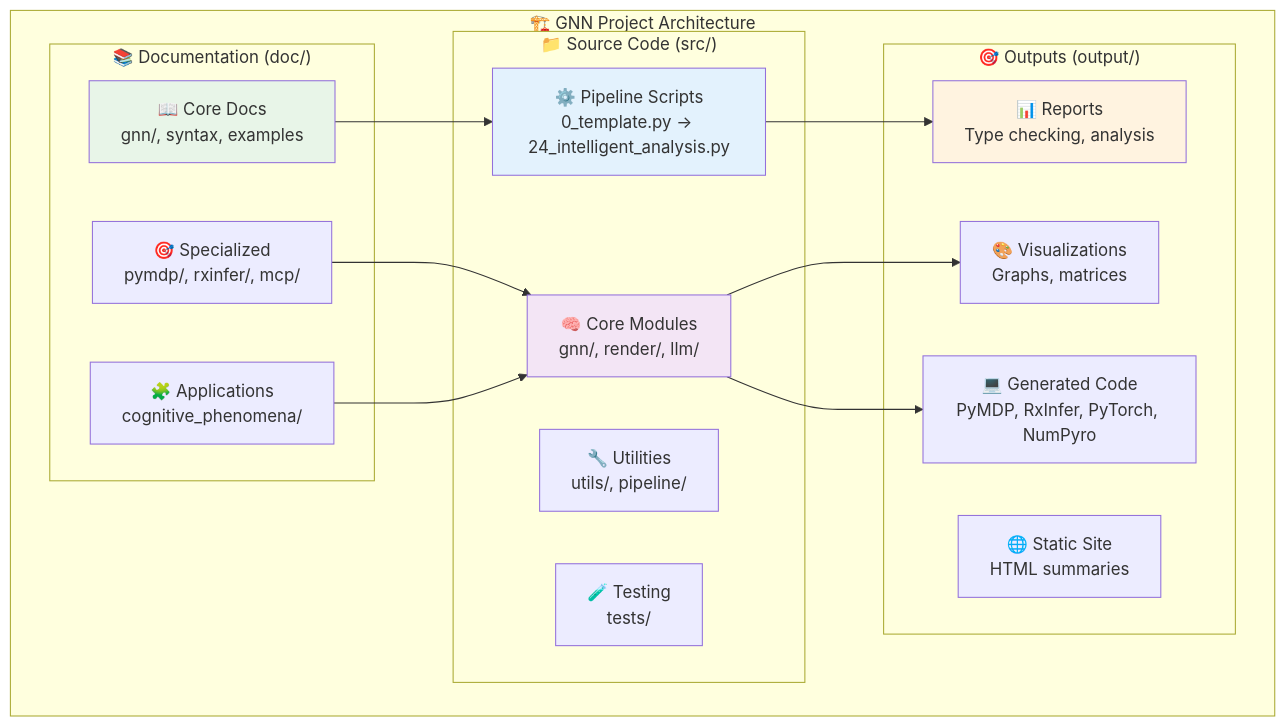
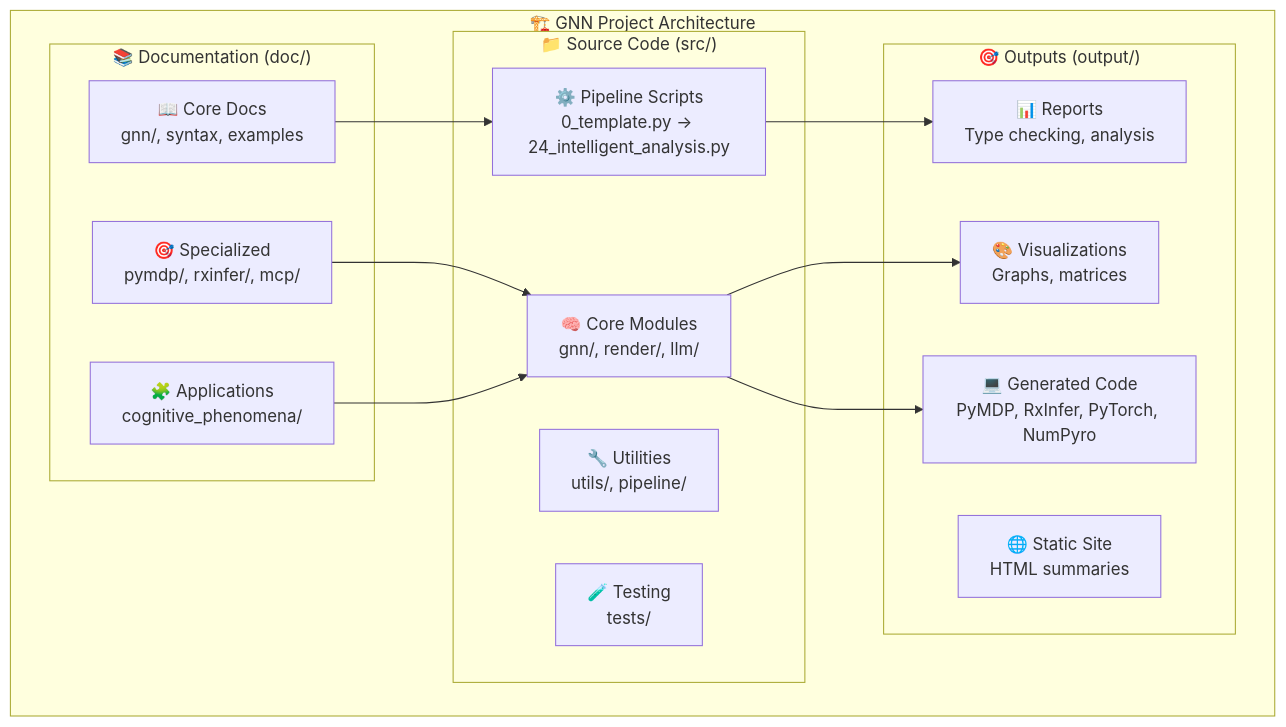
The second of 8 diagrams in README.md (ActiveInferenceInstitute/GeneralizedNotationNotation), drawn with Mermaid before and after one commit. The commit also changed other lines of this file and 1038 other files, not shown here.

````diff
--- a/README.md
+++ b/README.md
@@ -281,36 +282,33 @@
 ```mermaid
 graph TB
     subgraph "🏗️ GNN Project Architecture"
         subgraph "📁 Source Code (src/)"
             A[⚙️ Pipeline Scripts<br/>0_template.py → 24_intelligent_analysis.py]
             B[🧠 Core Modules<br/>gnn/, render/, llm/]
             C[🔧 Utilities<br/>utils/, pipeline/]
             D[🧪 Testing<br/>tests/]
         end
         
         subgraph "📚 Documentation (doc/)"
             E[📖 Core Docs<br/>gnn/, syntax, examples]
             F[🎯 Specialized<br/>pymdp/, rxinfer/, mcp/]
             G[🧩 Applications<br/>cognitive_phenomena/]
         end
         
         subgraph "🎯 Outputs (output/)"
             H[📊 Reports<br/>Type checking, analysis]
             I[🎨 Visualizations<br/>Graphs, matrices]
             J[💻 Generated Code<br/>PyMDP, RxInfer, PyTorch, NumPyro]
             K[🌐 Static Site<br/>HTML summaries]
         end
     end
     
     A --> H
     B --> I
     B --> J
     E --> A
     F --> B
     G --> B
     
-    style A fill:#e3f2fd
-    style B fill:#f3e5f5
-    style E fill:#e8f5e8
-    style H fill:#fff3e0
+    %% styling intentionally omitted (theme-controlled)
 ```
````
